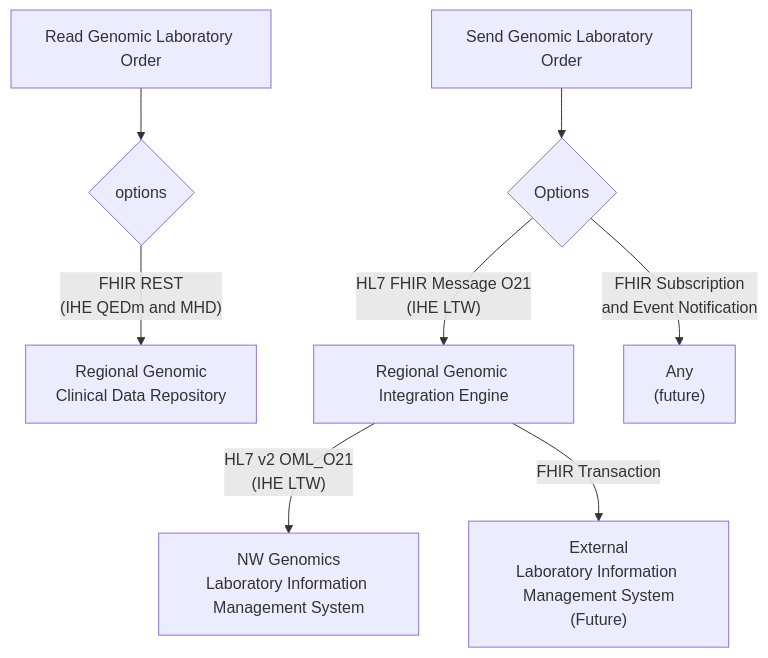
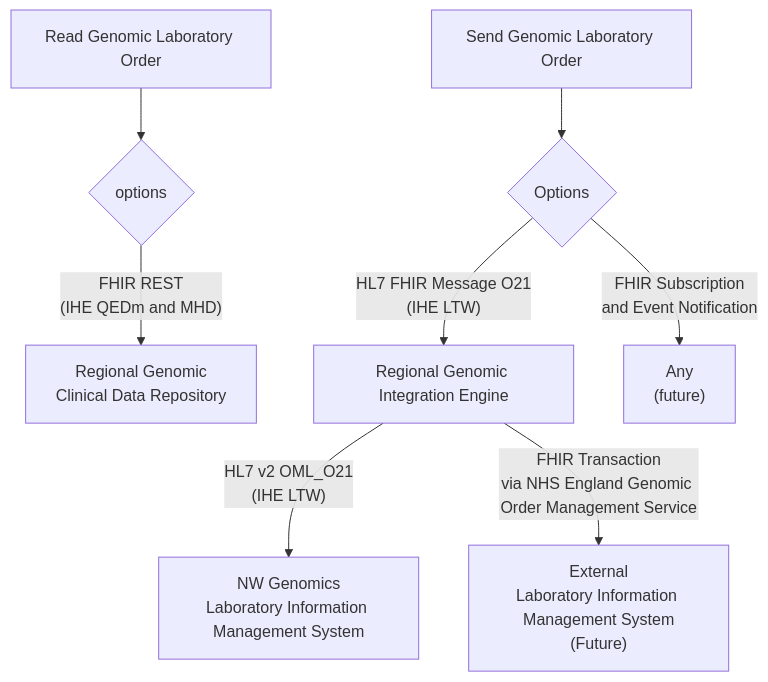
The third of 3 diagrams in input/pagecontent/index.md (uk-gov-mirror/nw-gmsa.nw-gmsa.github.com), drawn with Mermaid before and after one commit.

Commit message:
Genomic Test Order and Report Example Scenario

````diff
--- a/input/pagecontent/index.md
+++ b/input/pagecontent/index.md
@@ -92,12 +92,12 @@
 ```mermaid
 graph TD;
     Read[Read Genomic Laboratory Order]-->O
     O{options} --> |"FHIR REST<br/>(IHE QEDm and MHD)"| CDR[Regional Genomic<br/> Clinical Data Repository]
 
     Receive[Send Genomic Laboratory Order] --> OR{Options}
    
     OR --> |"HL7 FHIR Message O21<br/>(IHE LTW)"| RIE[Regional Genomic Integration Engine] 
     OR --> |FHIR Subscription <br/> and Event Notification| Any["Any <br/>(future)"]
     RIE --> |"HL7 v2 OML_O21<br/>(IHE LTW)"| EHRTIE[NW Genomics<br/>Laboratory Information Management System] 
-    RIE --> |"FHIR Transaction"| GOMS["External<br/>Laboratory Information Management System<br/>(Future)"] 
+    RIE --> |"FHIR Transaction<br/>via NHS England Genomic Order Management Service"| GOMS["External<br/>Laboratory Information Management System<br/>(Future)"] 
 ```
````
